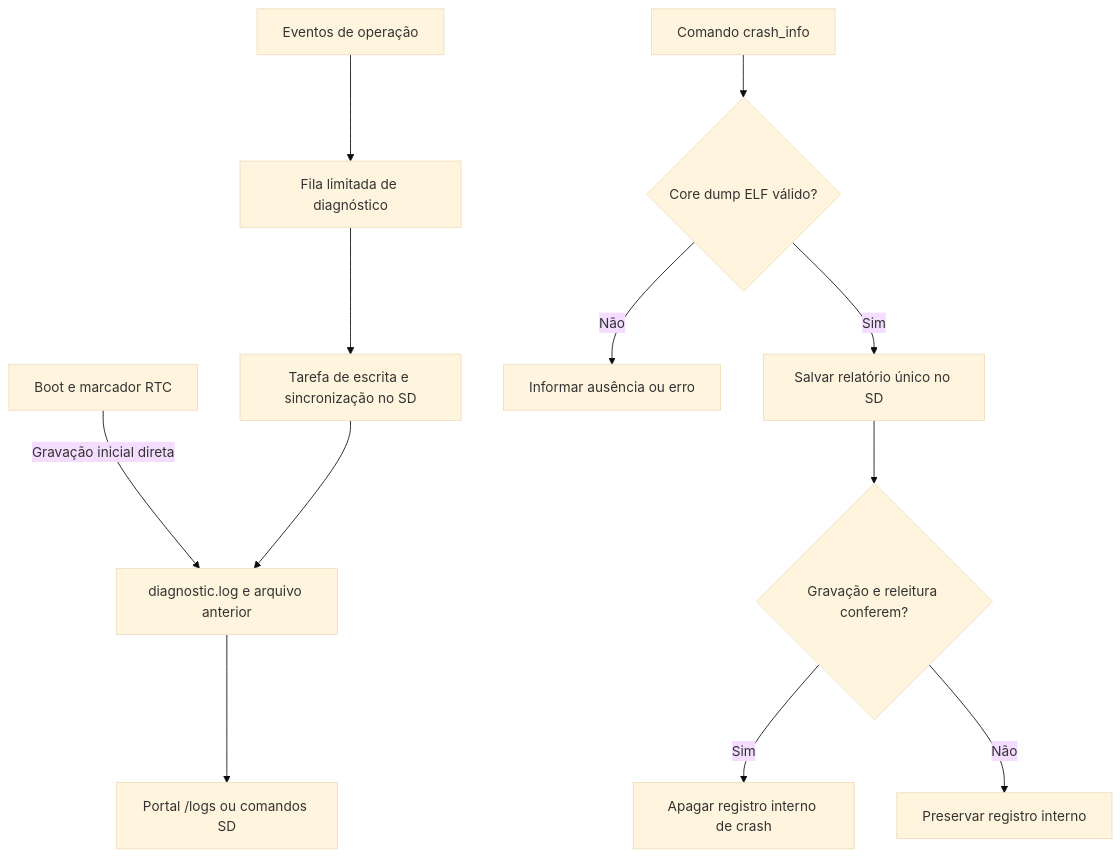
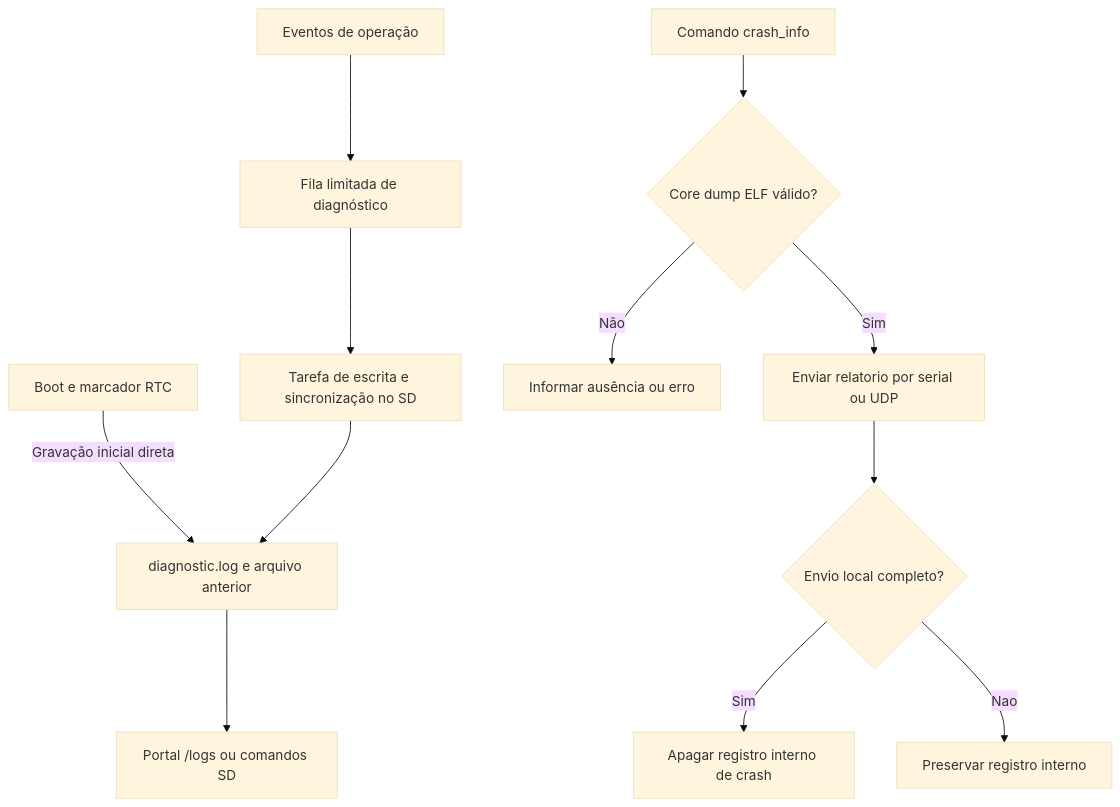
One commit to paulocfmarques-collab/esp32C6 changed the fifth of 5 diagrams in README.md. Above: the diagram before and after it, drawn with Mermaid (base theme). The commit also changed other lines of this file and 27 other files, not shown here.

````diff
--- a/README.md
+++ b/README.md
@@ -341,14 +358,14 @@
 ```mermaid
 flowchart TD
     EVENT["Eventos de operação"] --> QUEUE["Fila limitada de diagnóstico"]
     QUEUE --> WRITER["Tarefa de escrita e sincronização no SD"]
     BOOT["Boot e marcador RTC"] -->|"Gravação inicial direta"| LOG
     WRITER --> LOG["diagnostic.log e arquivo anterior"]
     LOG --> VIEW["Portal /logs ou comandos SD"]
     CRASH["Comando crash_info"] --> CHECK{"Core dump ELF válido?"}
     CHECK -->|"Não"| REPORT["Informar ausência ou erro"]
-    CHECK -->|"Sim"| SAVE["Salvar relatório único no SD"]
-    SAVE --> VERIFY{"Gravação e releitura conferem?"}
+    CHECK -->|"Sim"| SEND["Enviar relatorio por serial ou UDP"]
+    SEND --> VERIFY{"Envio local completo?"}
     VERIFY -->|"Sim"| ERASE["Apagar registro interno de crash"]
-    VERIFY -->|"Não"| KEEP["Preservar registro interno"]
+    VERIFY -->|"Nao"| KEEP["Preservar registro interno"]
 ```
````
